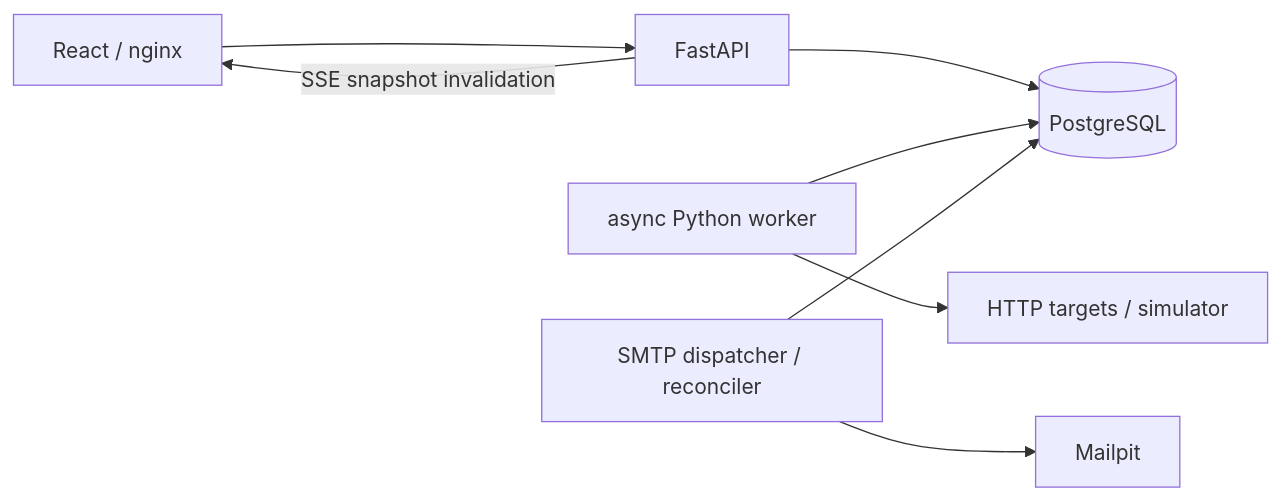
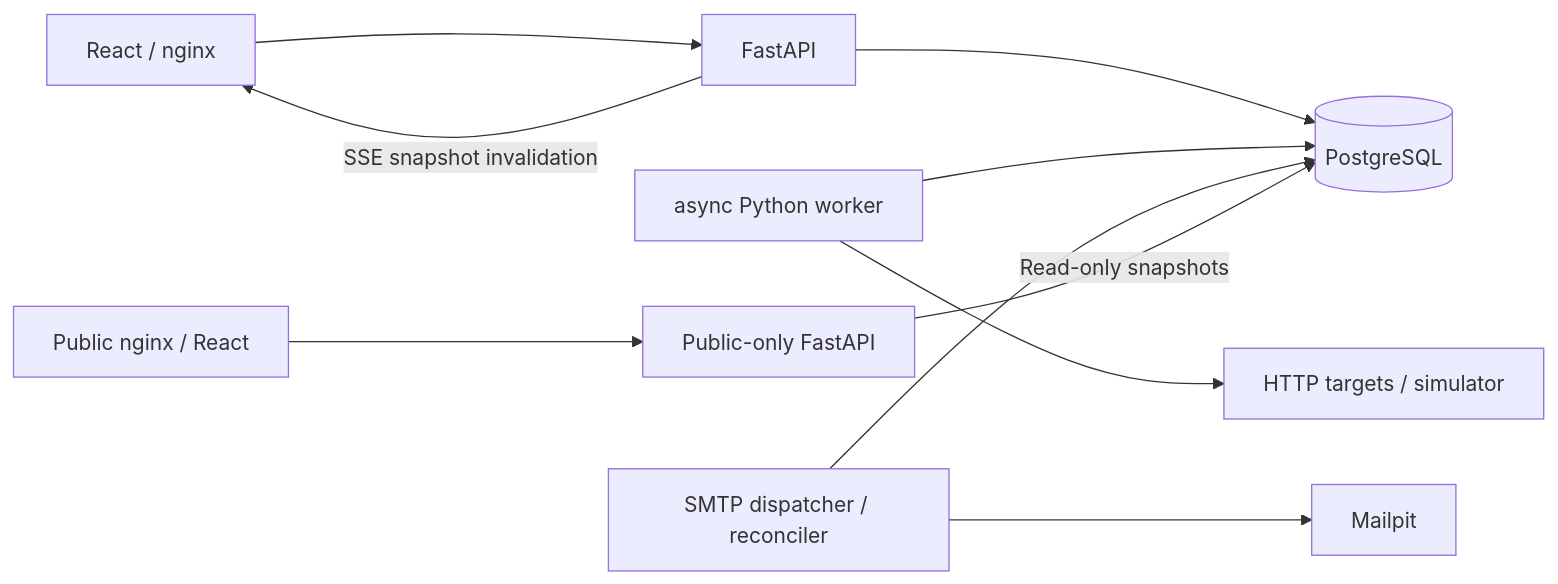
Before and after one commit to azimkhanrazdva/servicepulse: the diagram in docs/architecture.md, drawn with Mermaid. The commit also changed other lines of this file and 50 other files, not shown here.

````diff
--- a/docs/architecture.md
+++ b/docs/architecture.md
@@ -8,10 +9,12 @@
 ```mermaid
 flowchart LR
   UI[React / nginx] --> API[FastAPI]
   API --> DB[(PostgreSQL)]
   Worker[async Python worker] --> DB
   Worker --> Targets[HTTP targets / simulator]
   API -->|SSE snapshot invalidation| UI
   Dispatcher[SMTP dispatcher / reconciler] --> DB
   Dispatcher --> SMTP[Mailpit]
+  PublicUI[Public nginx / React] --> PublicAPI[Public-only FastAPI]
+  PublicAPI -->|Read-only snapshots| DB
 ```
````
